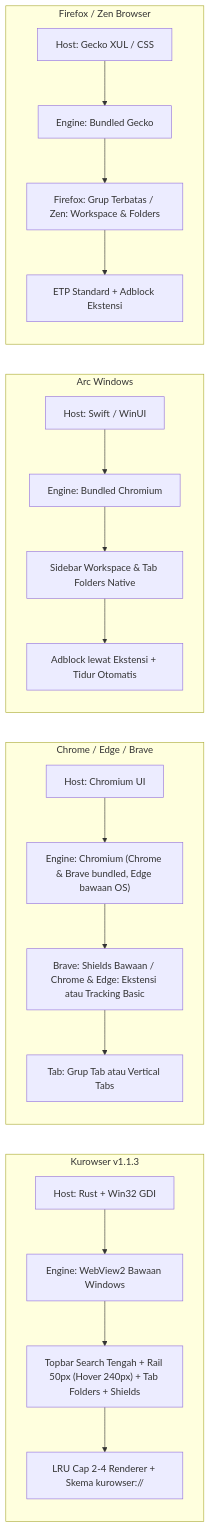
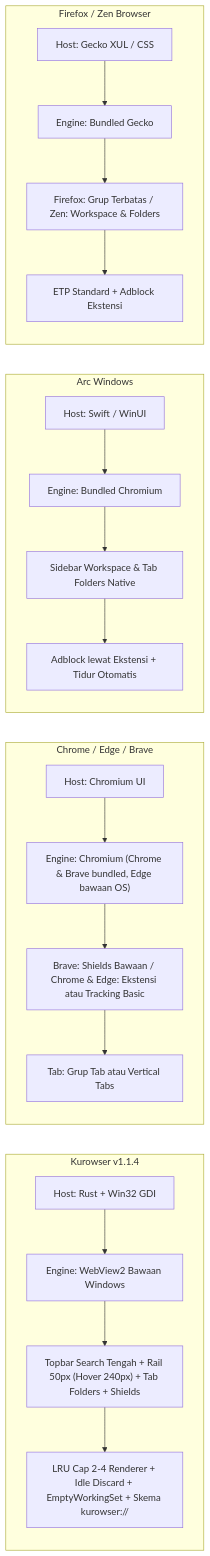
One commit to devkecelup/kurowser changed the second of 3 diagrams in README.md. Above: the diagram before and after it, drawn with Mermaid. The commit also changed other lines of this file and 6 other files, not shown here.

````diff
--- a/README.md
+++ b/README.md
@@ -130,26 +131,26 @@
 ```mermaid
 flowchart LR
-    subgraph KU["Kurowser v1.1.3"]
+    subgraph KU["Kurowser v1.1.4"]
         K1["Host: Rust + Win32 GDI"] --> K2["Engine: WebView2 Bawaan Windows"]
         K2 --> K3["Topbar Search Tengah + Rail 50px (Hover 240px) + Tab Folders + Shields"]
-        K3 --> K4["LRU Cap 2-4 Renderer + Skema kurowser://"]
+        K3 --> K4["LRU Cap 2-4 Renderer + Idle Discard + EmptyWorkingSet + Skema kurowser://"]
     end
 
     subgraph CH["Chrome / Edge / Brave"]
         C1["Host: Chromium UI"] --> C2["Engine: Chromium (Chrome & Brave bundled, Edge bawaan OS)"]
         C2 --> C3["Brave: Shields Bawaan / Chrome & Edge: Ekstensi atau Tracking Basic"]
         C3 --> C4["Tab: Grup Tab atau Vertical Tabs"]
     end
 
     subgraph AR["Arc Windows"]
         A1["Host: Swift / WinUI"] --> A2["Engine: Bundled Chromium"]
         A2 --> A3["Sidebar Workspace & Tab Folders Native"]
         A3 --> A4["Adblock lewat Ekstensi + Tidur Otomatis"]
     end
 
     subgraph GK["Firefox / Zen Browser"]
         G1["Host: Gecko XUL / CSS"] --> G2["Engine: Bundled Gecko"]
         G2 --> G3["Firefox: Grup Terbatas / Zen: Workspace & Folders"]
         G3 --> G4["ETP Standard + Adblock Ekstensi"]
     end
 ```
````
